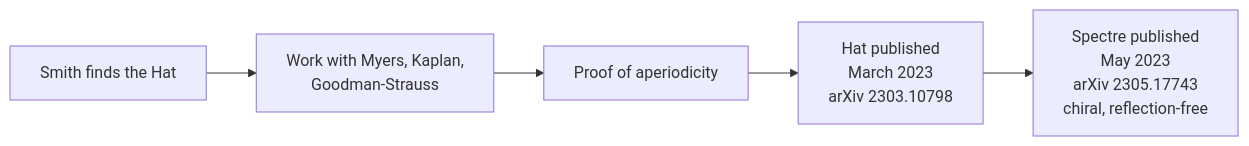
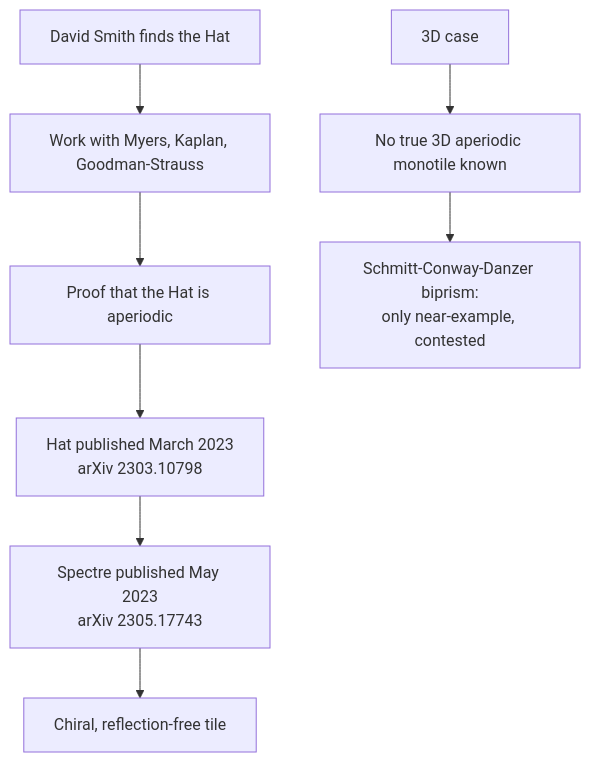
The diagram in wiki/topics/aperiodic-monotiles.md (hybridindie/wiki-fabric), drawn with Mermaid before and after one commit. The commit also changed other lines of this file and 43 other files, not shown here.

````diff
--- a/wiki/topics/aperiodic-monotiles.md
+++ b/wiki/topics/aperiodic-monotiles.md
@@ -20,7 +28,10 @@
 ```mermaid
-flowchart LR
-    A[Smith finds the Hat] --> B[Work with Myers, Kaplan,<br/>Goodman-Strauss]
-    B --> C[Proof of aperiodicity]
-    C --> D[Hat published<br/>March 2023<br/>arXiv 2303.10798]
-    D --> E[Spectre published<br/>May 2023<br/>arXiv 2305.17743<br/>chiral, reflection-free]
+flowchart TD
+    A[David Smith finds the Hat] --> B[Work with Myers, Kaplan, Goodman-Strauss]
+    B --> C[Proof that the Hat is aperiodic]
+    C --> D[Hat published March 2023<br/>arXiv 2303.10798]
+    D --> E[Spectre published May 2023<br/>arXiv 2305.17743]
+    E --> F[Chiral, reflection-free tile]
+    G[3D case] --> H[No true 3D aperiodic monotile known]
+    H --> I[Schmitt-Conway-Danzer biprism:<br/>only near-example, contested]
 ```
````
